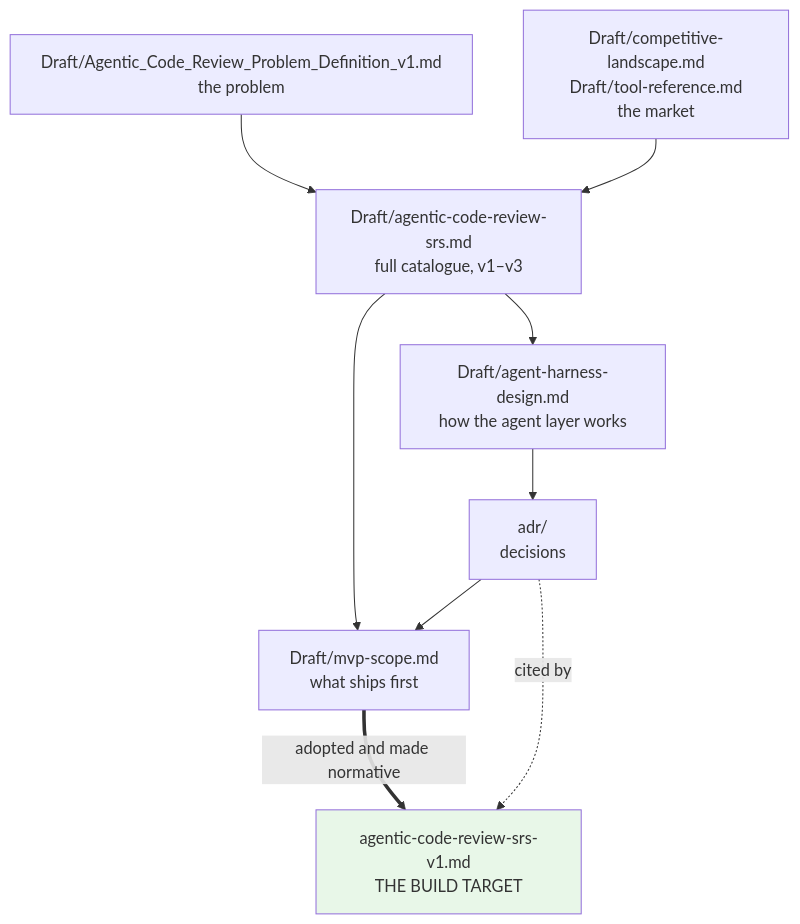
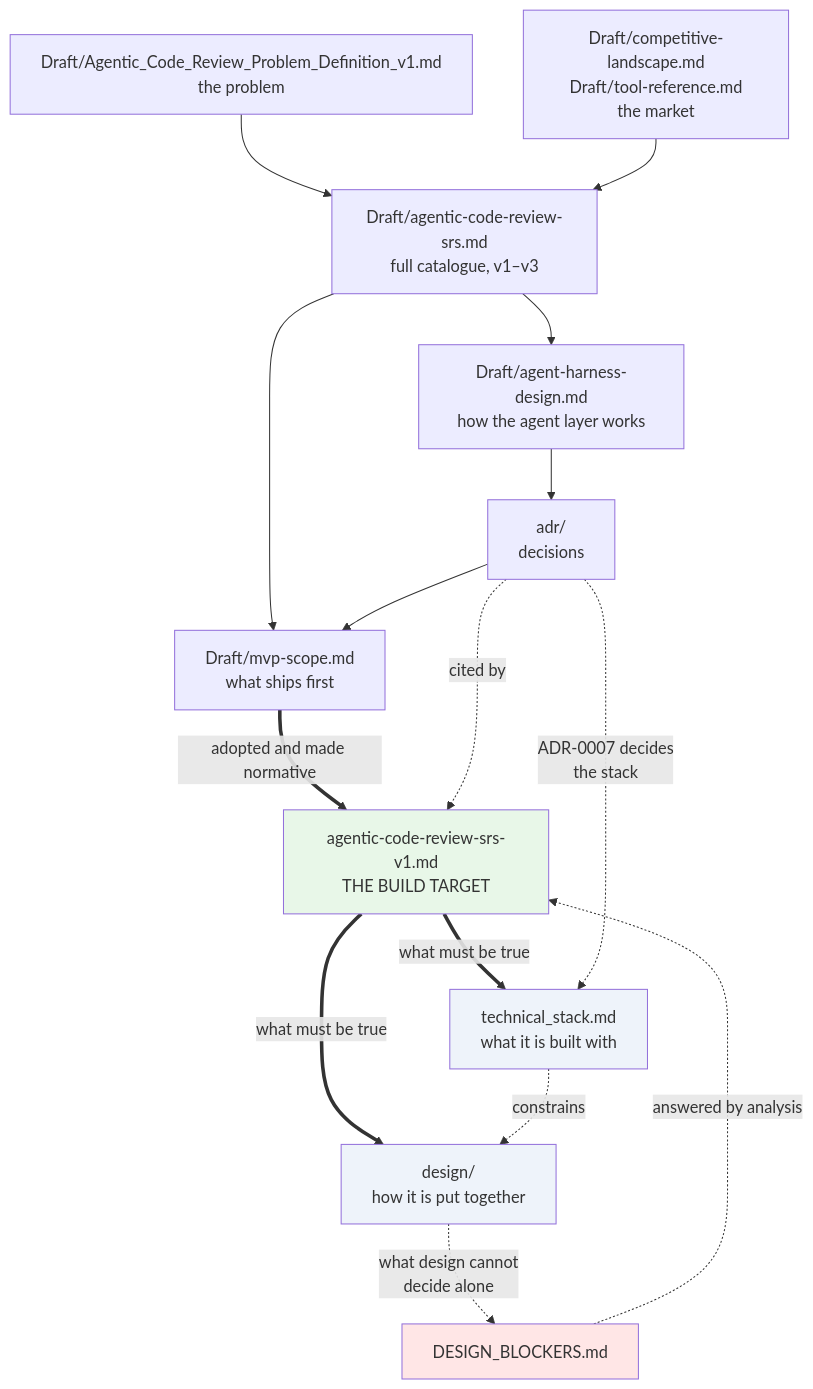
The diagram in Docs/README.md (nhahub/NHA-5-285), drawn with Mermaid before and after one commit. The commit also changed other lines of this file and 2 other files, not shown here.

First line of the commit message:
docs: index the stack and design phase, add agent guidance

````diff
--- a/Docs/README.md
+++ b/Docs/README.md
@@ -30,13 +35,22 @@
 ```mermaid
 flowchart TD
     P["Draft/Agentic_Code_Review_Problem_Definition_v1.md<br/>the problem"] --> C["Draft/agentic-code-review-srs.md<br/>full catalogue, v1–v3"]
     L["Draft/competitive-landscape.md<br/>Draft/tool-reference.md<br/>the market"] --> C
     C --> H["Draft/agent-harness-design.md<br/>how the agent layer works"]
     H --> A["adr/<br/>decisions"]
     C --> M["Draft/mvp-scope.md<br/>what ships first"]
     A --> M
     M ==>|"adopted and made normative"| S["agentic-code-review-srs-v1.md<br/>THE BUILD TARGET"]
     A -.->|"cited by"| S
+    S ==>|"what must be true"| T["technical_stack.md<br/>what it is built with"]
+    A -.->|"ADR-0007 decides<br/>the stack"| T
+    S ==>|"what must be true"| D["design/<br/>how it is put together"]
+    T -.->|"constrains"| D
+    D -.->|"what design cannot<br/>decide alone"| B["DESIGN_BLOCKERS.md"]
+    B -.->|"answered by analysis"| S
 
     style S fill:#e8f7e8
+    style T fill:#eef3fa
+    style D fill:#eef3fa
+    style B fill:#ffe6e6
 ```
````
